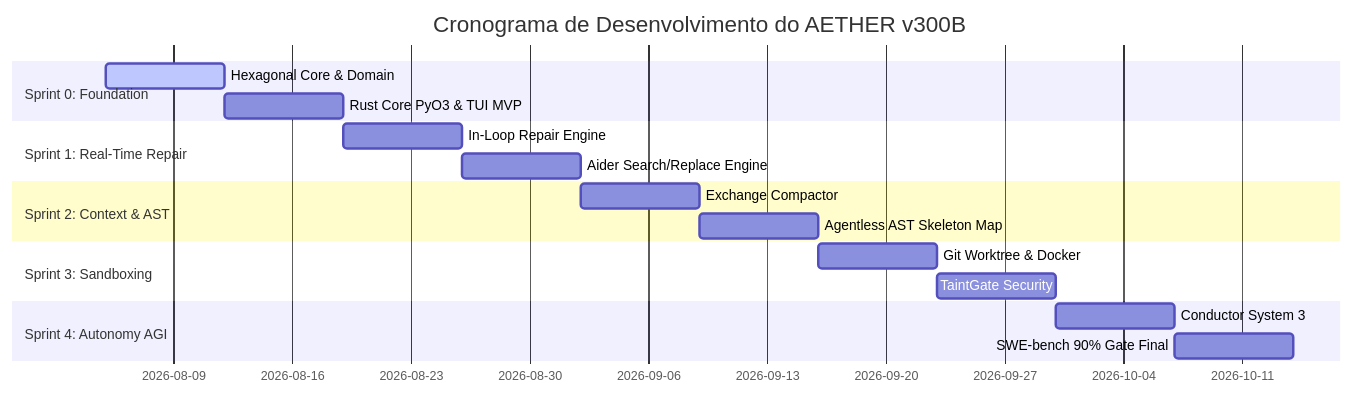
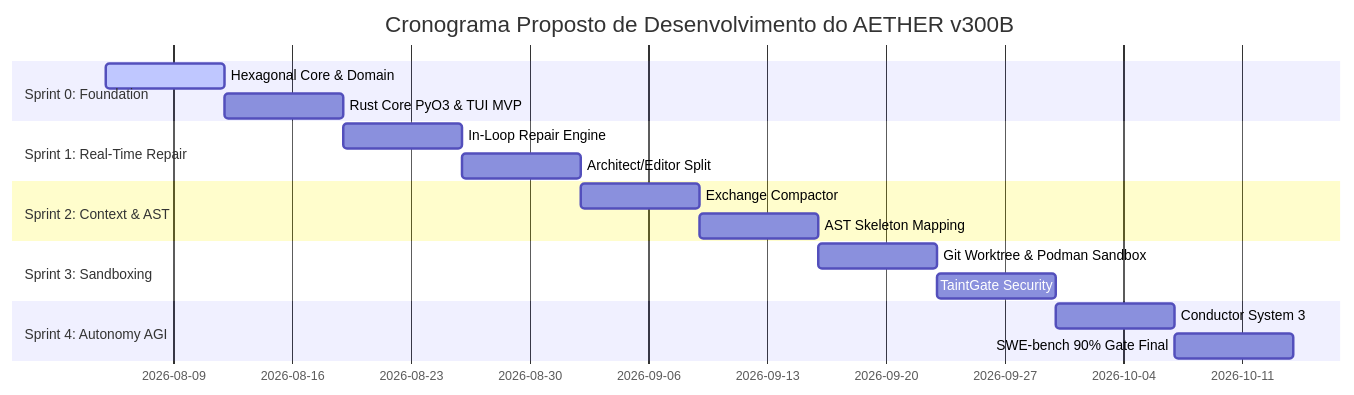
The first of 2 diagrams in docs/rationale/rewrite_b/rewrite_v300_roadmap_sprints_B.md (brainopensource/Harness-D-power), drawn with Mermaid before and after one commit. The commit also changed other lines of this file and 7 other files, not shown here.

````diff
--- a/docs/rationale/rewrite_b/rewrite_v300_roadmap_sprints_B.md
+++ b/docs/rationale/rewrite_b/rewrite_v300_roadmap_sprints_B.md
@@ -36,20 +37,20 @@
 ```mermaid
 gantt
-    title Cronograma de Desenvolvimento do AETHER v300B
+    title Cronograma Proposto de Desenvolvimento do AETHER v300B
     dateFormat  YYYY-MM-DD
     section Sprint 0: Foundation
     Hexagonal Core & Domain     :active, s0_1, 2026-08-05, 7d
     Rust Core PyO3 & TUI MVP    :s0_2, after s0_1, 7d
     section Sprint 1: Real-Time Repair
     In-Loop Repair Engine       :s1_1, after s0_2, 7d
-    Aider Search/Replace Engine :s1_2, after s1_1, 7d
+    Architect/Editor Split      :s1_2, after s1_1, 7d
     section Sprint 2: Context & AST
     Exchange Compactor          :s2_1, after s1_2, 7d
-    Agentless AST Skeleton Map  :s2_2, after s2_1, 7d
+    AST Skeleton Mapping        :s2_2, after s2_1, 7d
     section Sprint 3: Sandboxing
-    Git Worktree & Docker       :s3_1, after s2_2, 7d
+    Git Worktree & Podman Sandbox:s3_1, after s2_2, 7d
     TaintGate Security          :s3_2, after s3_1, 7d
     section Sprint 4: Autonomy AGI
     Conductor System 3          :s4_1, after s3_2, 7d
     SWE-bench 90% Gate Final    :s4_2, after s4_1, 7d
 ```
````
